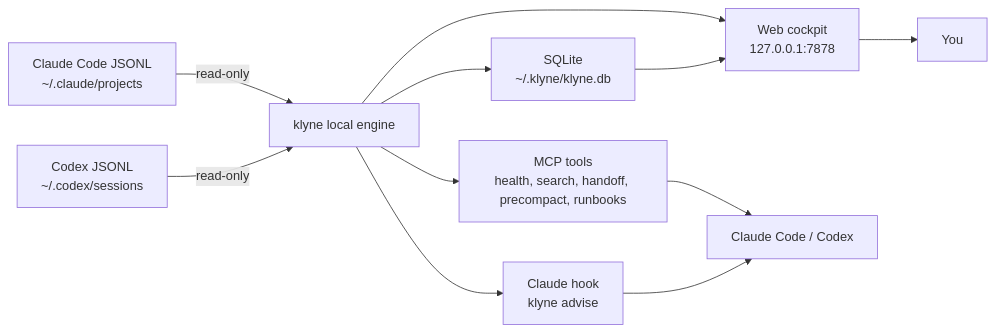
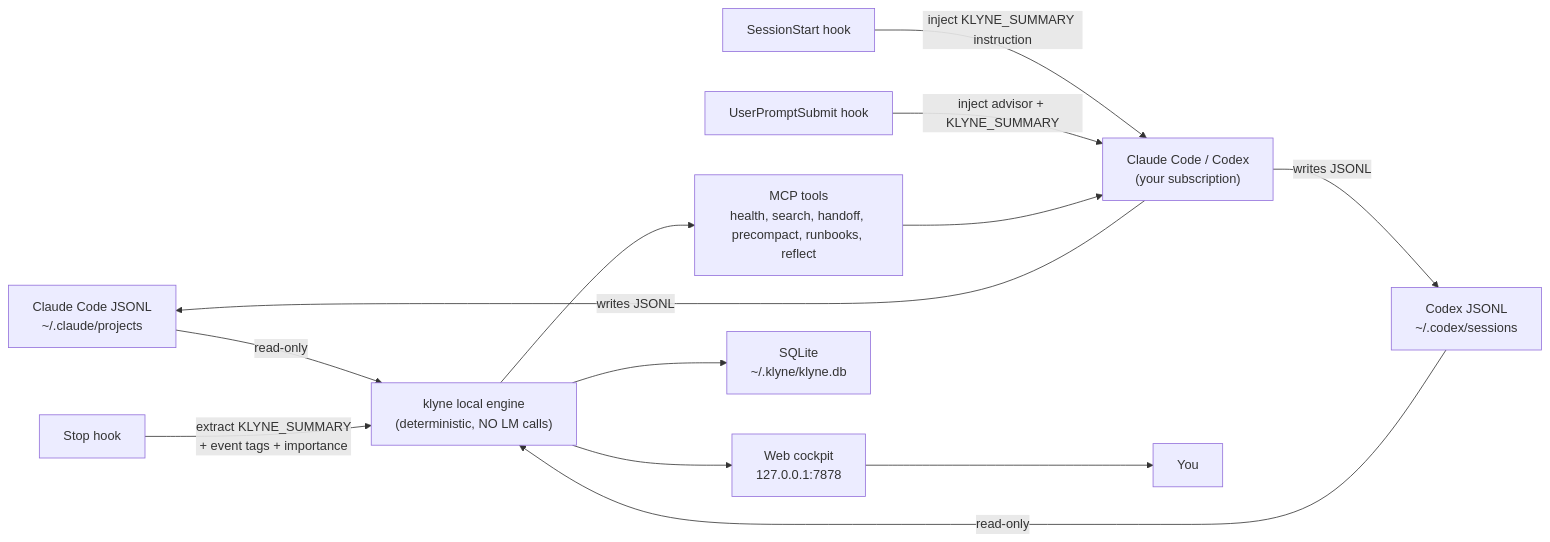
The diagram in README.md (klyne-ai/klyne), drawn with Mermaid before and after one commit. The commit also changed other lines of this file and 59 other files, not shown here.

````diff
--- a/README.md
+++ b/README.md
@@ -140,13 +173,15 @@
 ```mermaid
 flowchart LR
-  A["Claude Code JSONL<br/>~/.claude/projects"] -->|"read-only"| E["klyne local engine"]
+  A["Claude Code JSONL<br/>~/.claude/projects"] -->|"read-only"| E["klyne local engine<br/>(deterministic, NO LM calls)"]
   B["Codex JSONL<br/>~/.codex/sessions"] -->|"read-only"| E
-  E --> M["MCP tools<br/>health, search, handoff, precompact, runbooks"]
+  H1["SessionStart hook"] -->|"inject KLYNE_SUMMARY instruction"| C["Claude Code / Codex<br/>(your subscription)"]
+  H2["UserPromptSubmit hook"] -->|"inject advisor + KLYNE_SUMMARY"| C
+  H3["Stop hook"] -->|"extract KLYNE_SUMMARY<br/>+ event tags + importance"| E
+  C -->|"writes JSONL"| A
+  C -->|"writes JSONL"| B
+  E --> M["MCP tools<br/>health, search, handoff, precompact, runbooks, reflect"]
   E --> W["Web cockpit<br/>127.0.0.1:7878"]
-  E --> H["Claude hook<br/>klyne advise"]
   E --> DB["SQLite<br/>~/.klyne/klyne.db"]
-  M --> C["Claude Code / Codex"]
+  M --> C
   W --> U["You"]
-  H --> C
-  DB --> W
 ```
````
